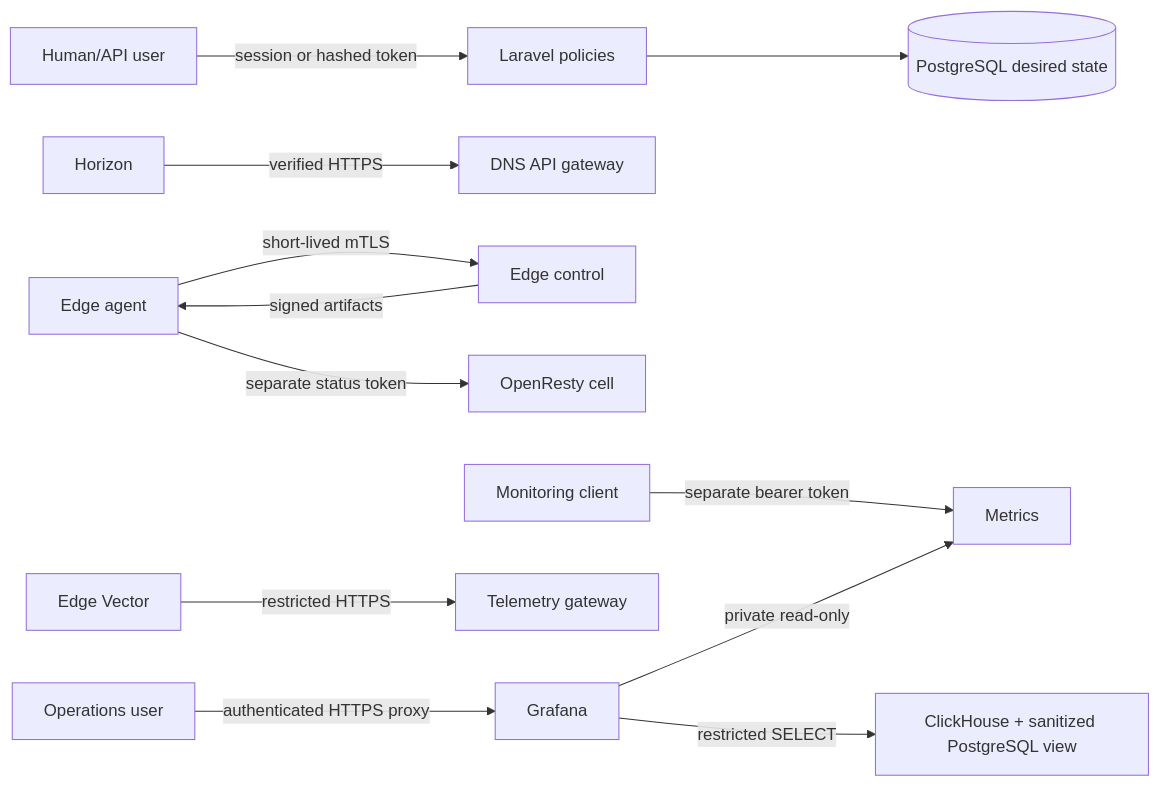
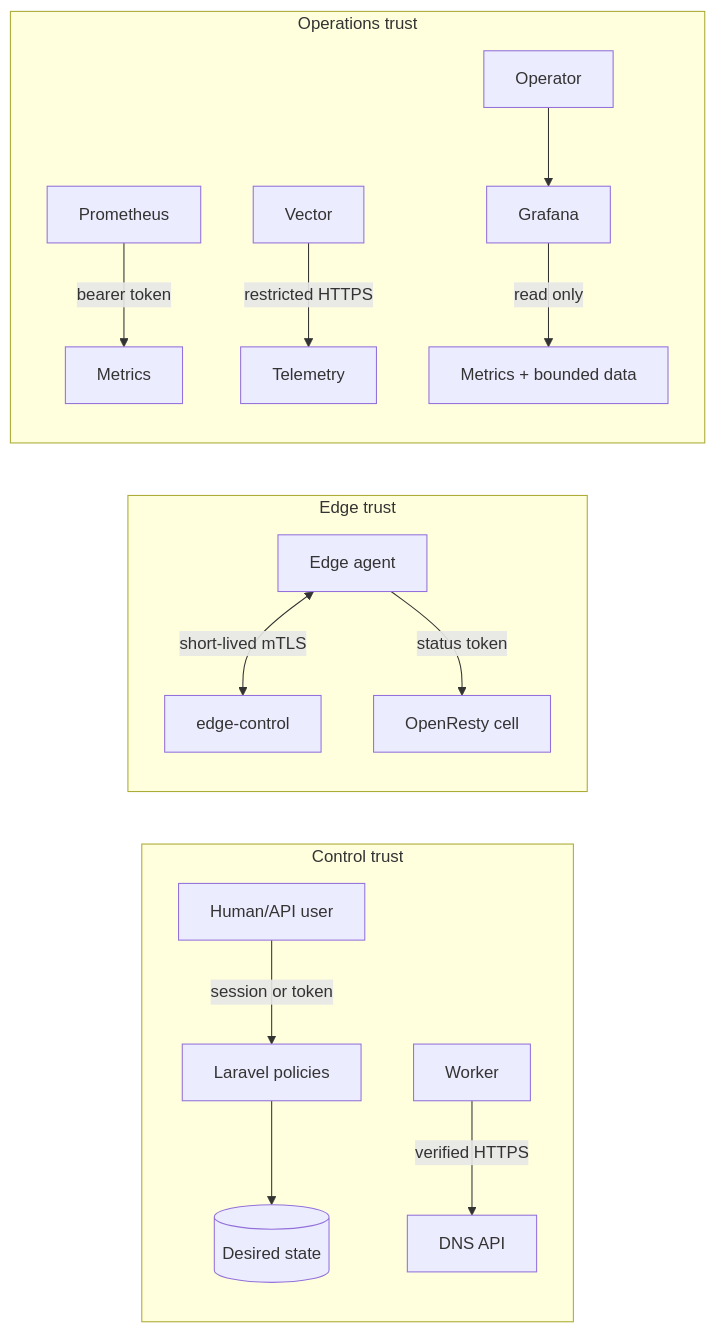
The diagram in docs/security/index.md (vaheed/CDNFoundry), drawn with Mermaid before and after one commit. The commit also changed 24 other files, not shown here.

````diff
--- a/docs/security/index.md
+++ b/docs/security/index.md
@@ -12,14 +12,18 @@
 ```mermaid
 flowchart LR
-    Human["Human/API user"] -->|"session or hashed token"| Policy["Laravel policies"]
-    Policy --> Desired[("PostgreSQL desired state")]
-    Worker["Horizon"] -->|"verified HTTPS"| DNSAPI["DNS API gateway"]
-    Agent["Edge agent"] -->|"short-lived mTLS"| EdgeControl["Edge control"]
-    EdgeControl -->|"signed artifacts"| Agent
-    Agent -->|"separate status token"| Cell["OpenResty cell"]
-    Monitor["Monitoring client"] -->|"separate bearer token"| Metrics["Metrics"]
-    Vector["Edge Vector"] -->|"restricted HTTPS"| Telemetry["Telemetry gateway"]
-    Operator["Operations user"] -->|"authenticated HTTPS proxy"| Grafana["Grafana"]
-    Grafana -->|"private read-only"| Metrics
-    Grafana -->|"restricted SELECT"| ObservabilityData["ClickHouse + sanitized PostgreSQL view"]
+    subgraph Control["Control trust"]
+      Human["Human/API user"] -->|"session or token"| Policy["Laravel policies"]
+      Policy --> Desired[("Desired state")]
+      Worker["Worker"] -->|"verified HTTPS"| DNSAPI["DNS API"]
+    end
+    subgraph Edge["Edge trust"]
+      Agent["Edge agent"] <-->|"short-lived mTLS"| EdgeControl["edge-control"]
+      Agent -->|"status token"| Cell["OpenResty cell"]
+    end
+    subgraph Operations["Operations trust"]
+      Monitor["Prometheus"] -->|"bearer token"| Metrics["Metrics"]
+      Vector["Vector"] -->|"restricted HTTPS"| Telemetry["Telemetry"]
+      Operator["Operator"] --> Grafana["Grafana"]
+      Grafana -->|"read only"| Data["Metrics + bounded data"]
+    end
 ```
````
